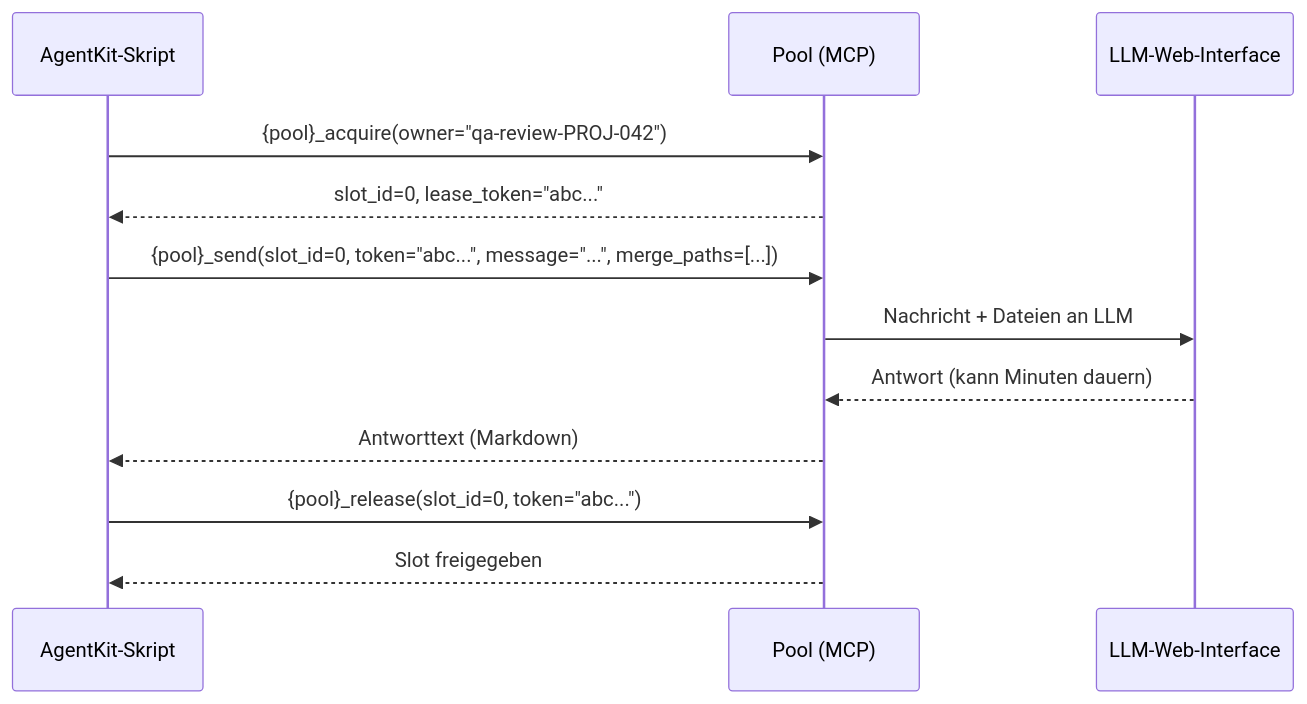
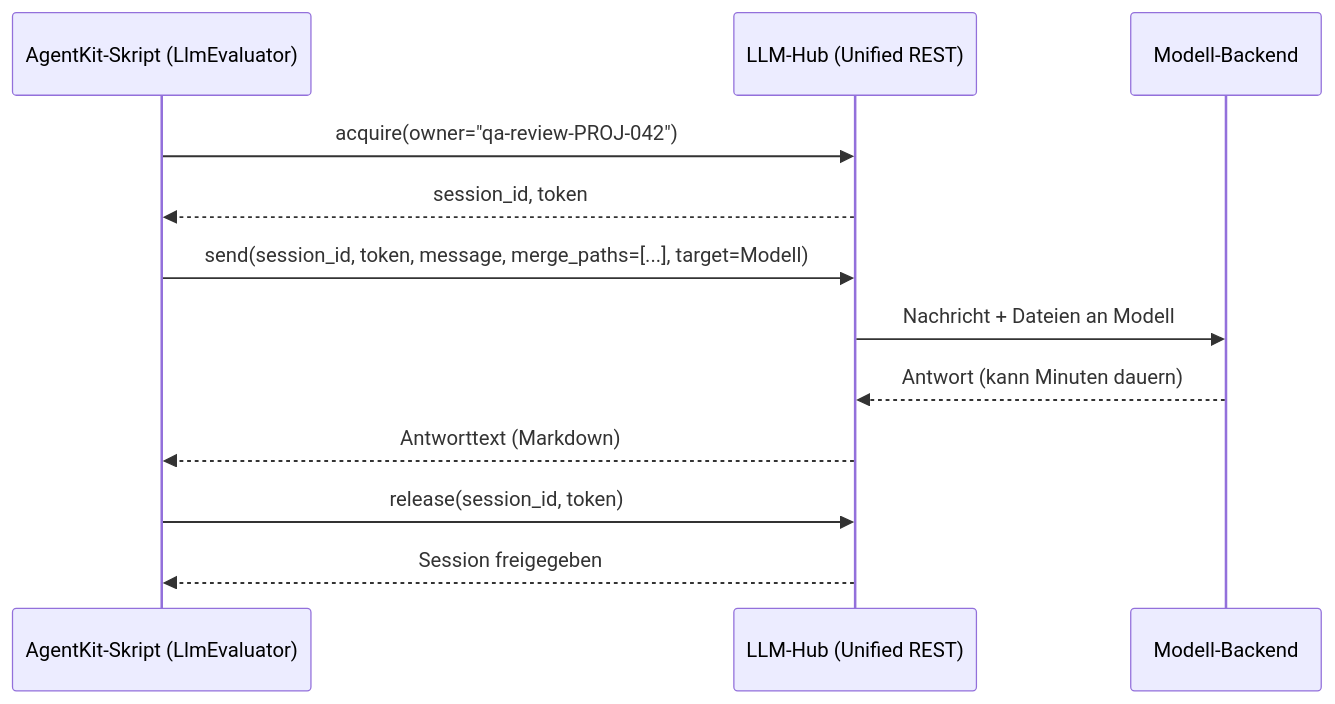
Before and after one commit to saltenhof/claude-agentkit3: the first of 2 diagrams in concept/technical-design/11_llm_provider_browser_pools_prompt_execution.md, drawn with Mermaid. The commit also changed other lines of this file and 33 other files, not shown here.

First line of the commit message:
Stop cloning the LLM-Hub interface across concept docs

````diff
--- a/concept/technical-design/11_llm_provider_browser_pools_prompt_execution.md
+++ b/concept/technical-design/11_llm_provider_browser_pools_prompt_execution.md
@@ -165,17 +152,17 @@
 ```mermaid
 sequenceDiagram
-    participant S as AgentKit-Skript
-    participant P as Pool (MCP)
-    participant L as LLM-Web-Interface
+    participant S as AgentKit-Skript (LlmEvaluator)
+    participant H as LLM-Hub (Unified REST)
+    participant L as Modell-Backend
 
-    S->>P: {pool}_acquire(owner="qa-review-PROJ-042")
-    P-->>S: slot_id=0, lease_token="abc..."
+    S->>H: acquire(owner="qa-review-PROJ-042")
+    H-->>S: session_id, token
 
-    S->>P: {pool}_send(slot_id=0, token="abc...", message="...", merge_paths=[...])
-    P->>L: Nachricht + Dateien an LLM
-    L-->>P: Antwort (kann Minuten dauern)
-    P-->>S: Antworttext (Markdown)
+    S->>H: send(session_id, token, message, merge_paths=[...], target=Modell)
+    H->>L: Nachricht + Dateien an Modell
+    L-->>H: Antwort (kann Minuten dauern)
+    H-->>S: Antworttext (Markdown)
 
-    S->>P: {pool}_release(slot_id=0, token="abc...")
-    P-->>S: Slot freigegeben
+    S->>H: release(session_id, token)
+    H-->>S: Session freigegeben
 ```
````
